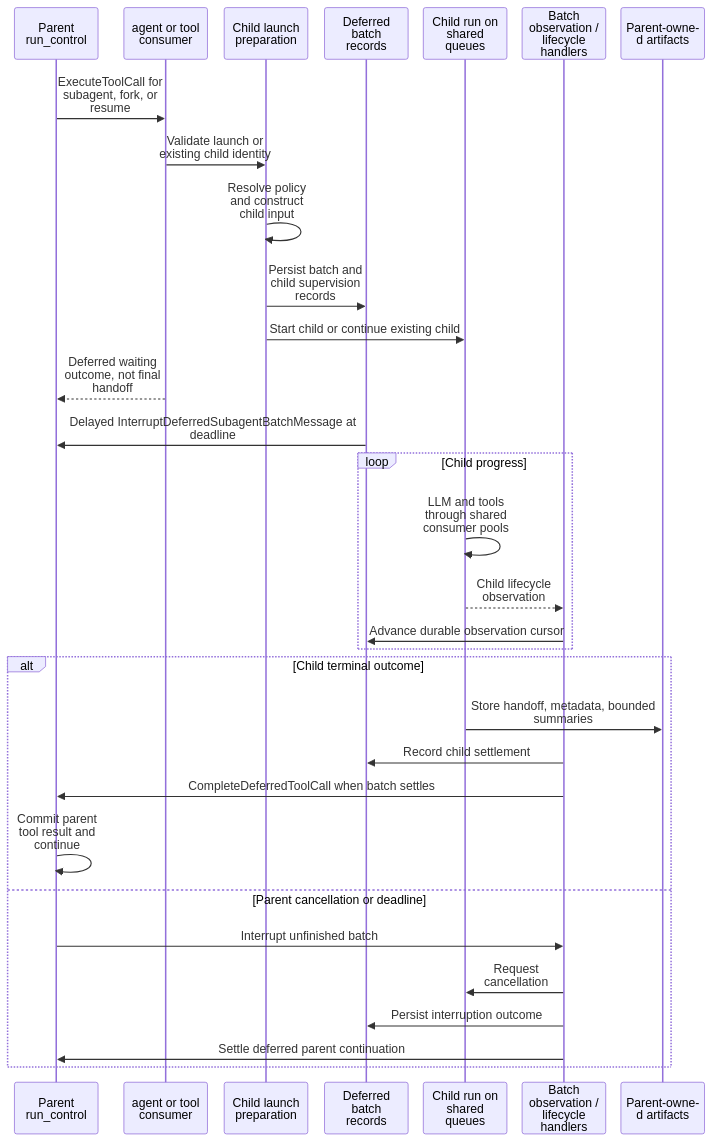
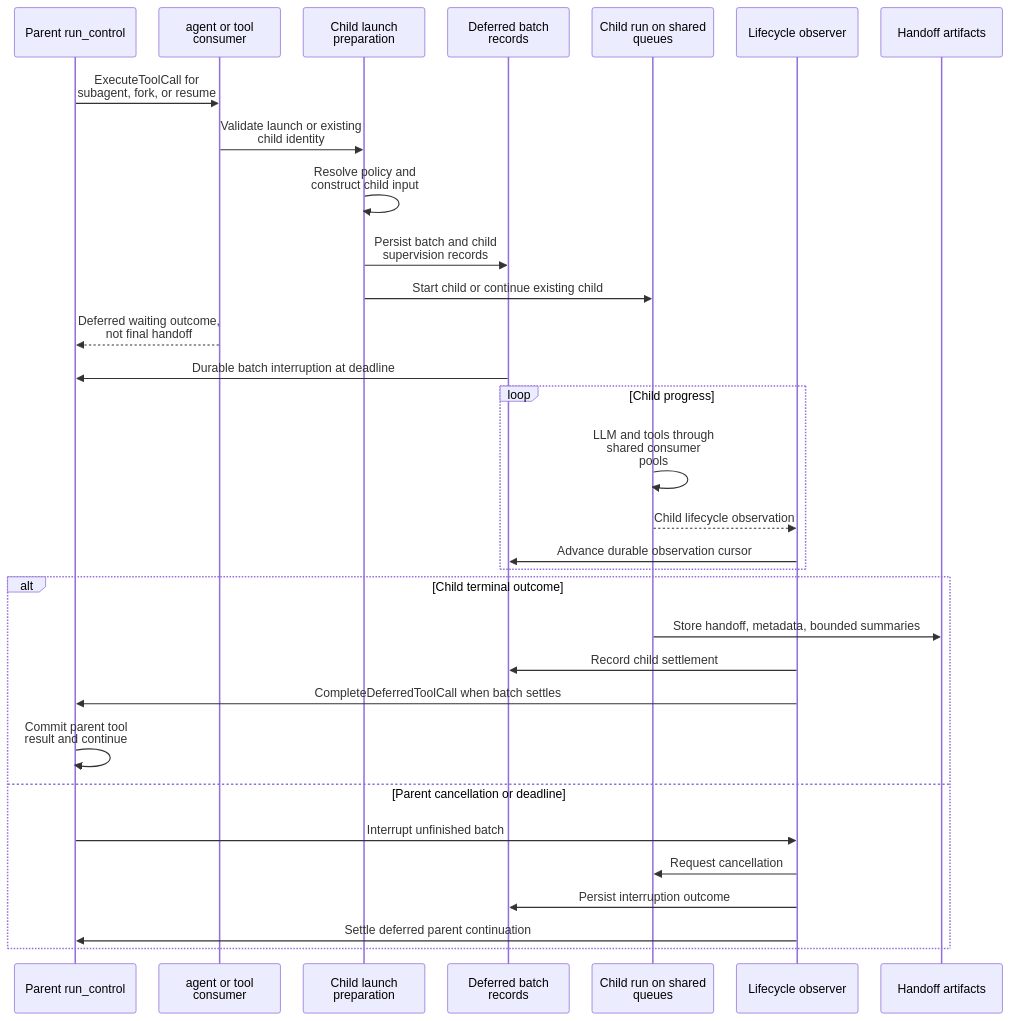
One commit to ineersa/agent-core changed the third of 5 diagrams in architecture/extensions-and-agents.md. Above: the diagram before and after it, drawn with Mermaid. The commit also changed other lines of this file and 43 other files, not shown here.

Commit message:
Refresh operational guides and runtime architecture documentation

````diff
--- a/architecture/extensions-and-agents.md
+++ b/architecture/extensions-and-agents.md
@@ -70,35 +70,35 @@
 ```mermaid
-%%{init: {"sequence": {"wrap": true, "width": 110, "actorMargin": 20, "diagramMarginX": 10, "messageMargin": 30}}}%%
+%%{init: {"sequence": {"wrap": true, "width": 160, "actorMargin": 30, "diagramMarginX": 10, "messageMargin": 30}}}%%
 sequenceDiagram
     participant Parent as Parent run_control
     participant Launch as agent or tool consumer
     participant Prepare as Child launch preparation
     participant Batch as Deferred batch records
     participant Child as Child run on shared queues
-    participant Observe as Batch observation / lifecycle handlers
-    participant Artifact as Parent-owned artifacts
+    participant Observe as Lifecycle observer
+    participant Artifact as Handoff artifacts
 
     Parent->>Launch: ExecuteToolCall for subagent, fork, or resume
     Launch->>Prepare: Validate launch or existing child identity
     Prepare->>Prepare: Resolve policy and construct child input
     Prepare->>Batch: Persist batch and child supervision records
     Prepare->>Child: Start child or continue existing child
     Launch-->>Parent: Deferred waiting outcome, not final handoff
-    Batch->>Parent: Delayed InterruptDeferredSubagentBatchMessage at deadline
+    Batch->>Parent: Durable batch interruption at deadline
     loop Child progress
         Child->>Child: LLM and tools through shared consumer pools
         Child-->>Observe: Child lifecycle observation
         Observe->>Batch: Advance durable observation cursor
     end
     alt Child terminal outcome
         Child->>Artifact: Store handoff, metadata, bounded summaries
         Observe->>Batch: Record child settlement
         Observe->>Parent: CompleteDeferredToolCall when batch settles
         Parent->>Parent: Commit parent tool result and continue
     else Parent cancellation or deadline
         Parent->>Observe: Interrupt unfinished batch
         Observe->>Child: Request cancellation
         Observe->>Batch: Persist interruption outcome
         Observe->>Parent: Settle deferred parent continuation
     end
 ```
````
